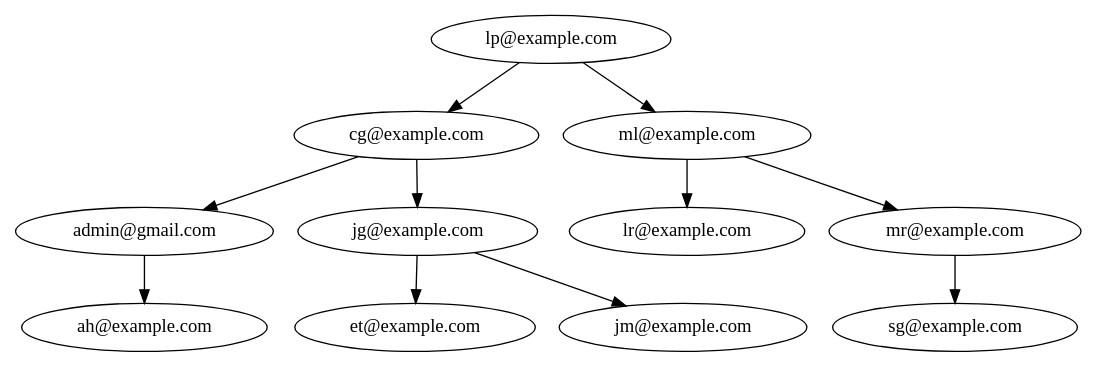
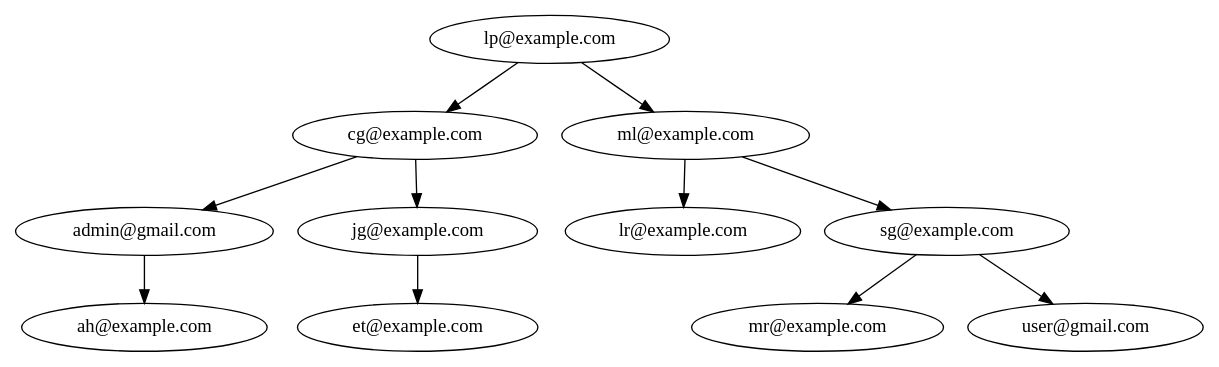
Before and after one commit to D3r3-k/-EDD-Proyecto_202001151: the diagram in Fase2/build/Desktop_Qt_6_7_2_MinGW_64_bit-Debug/arbolAVL.dot, drawn with Graphviz. The commit also changed 46 other files, not shown here.

```diff
--- a/Fase2/build/Desktop_Qt_6_7_2_MinGW_64_bit-Debug/arbolAVL.dot
+++ b/Fase2/build/Desktop_Qt_6_7_2_MinGW_64_bit-Debug/arbolAVL.dot
@@ -1,23 +1,23 @@
 digraph ArbolAVL {
 "lp@example.com" [label="lp@example.com"];
 "lp@example.com" -> "cg@example.com";
 "cg@example.com" [label="cg@example.com"];
 "cg@example.com" -> "admin@gmail.com";
 "admin@gmail.com" [label="admin@gmail.com"];
 "admin@gmail.com" -> "ah@example.com";
 "ah@example.com" [label="ah@example.com"];
 "cg@example.com" -> "jg@example.com";
 "jg@example.com" [label="jg@example.com"];
 "jg@example.com" -> "et@example.com";
 "et@example.com" [label="et@example.com"];
-"jg@example.com" -> "jm@example.com";
-"jm@example.com" [label="jm@example.com"];
 "lp@example.com" -> "ml@example.com";
 "ml@example.com" [label="ml@example.com"];
 "ml@example.com" -> "lr@example.com";
 "lr@example.com" [label="lr@example.com"];
-"ml@example.com" -> "mr@example.com";
+"ml@example.com" -> "sg@example.com";
+"sg@example.com" [label="sg@example.com"];
+"sg@example.com" -> "mr@example.com";
 "mr@example.com" [label="mr@example.com"];
-"mr@example.com" -> "sg@example.com";
-"sg@example.com" [label="sg@example.com"];
+"sg@example.com" -> "user@gmail.com";
+"user@gmail.com" [label="user@gmail.com"];
 }
```
